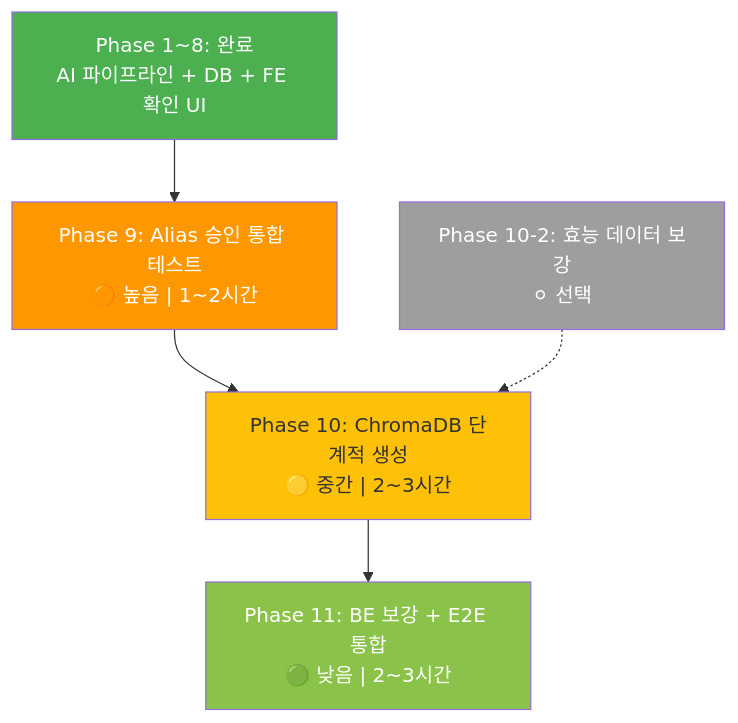
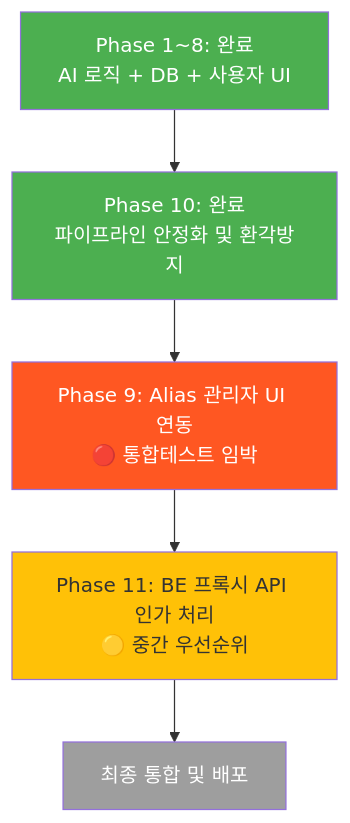
Before and after one commit to hyunn9799/my-rebuilding-project: the second of 2 diagrams in AI/SilverLink-AI/ocr_roadmap.md, drawn with Mermaid. The commit also changed other lines of this file and 15 other files, not shown here.

````diff
--- a/AI/SilverLink-AI/ocr_roadmap.md
+++ b/AI/SilverLink-AI/ocr_roadmap.md
@@ -237,14 +136,13 @@
 ```mermaid
 graph TD
-    A["Phase 1~8: 완료<br/>AI 파이프라인 + DB + FE 확인 UI"] --> B["Phase 9: Alias 승인 통합 테스트<br/>🟠 높음 | 1~2시간"]
-    B --> C["Phase 10: ChromaDB 단계적 생성<br/>🟡 중간 | 2~3시간"]
-    C --> D["Phase 11: BE 보강 + E2E 통합<br/>🟢 낮음 | 2~3시간"]
+    A["Phase 1~8: 완료<br/>AI 로직 + DB + 사용자 UI"] --> B["Phase 10: 완료<br/>파이프라인 안정화 및 환각방지"]
+    B --> C["Phase 9: Alias 관리자 UI 연동<br/>🔴 통합테스트 임박"]
+    C --> D["Phase 11: BE 프록시 API 인가 처리<br/>🟡 중간 우선순위"]
+    D --> E["최종 통합 및 배포"]
     
-    E["Phase 10-2: 효능 데이터 보강<br/>⚪ 선택"] -.-> C
-
     style A fill:#4CAF50,color:#fff
-    style B fill:#FF9800,color:#fff
-    style C fill:#FFC107,color:#333
-    style D fill:#8BC34A,color:#fff
+    style B fill:#4CAF50,color:#fff
+    style C fill:#FF5722,color:#fff
+    style D fill:#FFC107,color:#333
     style E fill:#9E9E9E,color:#fff
 ```
````
